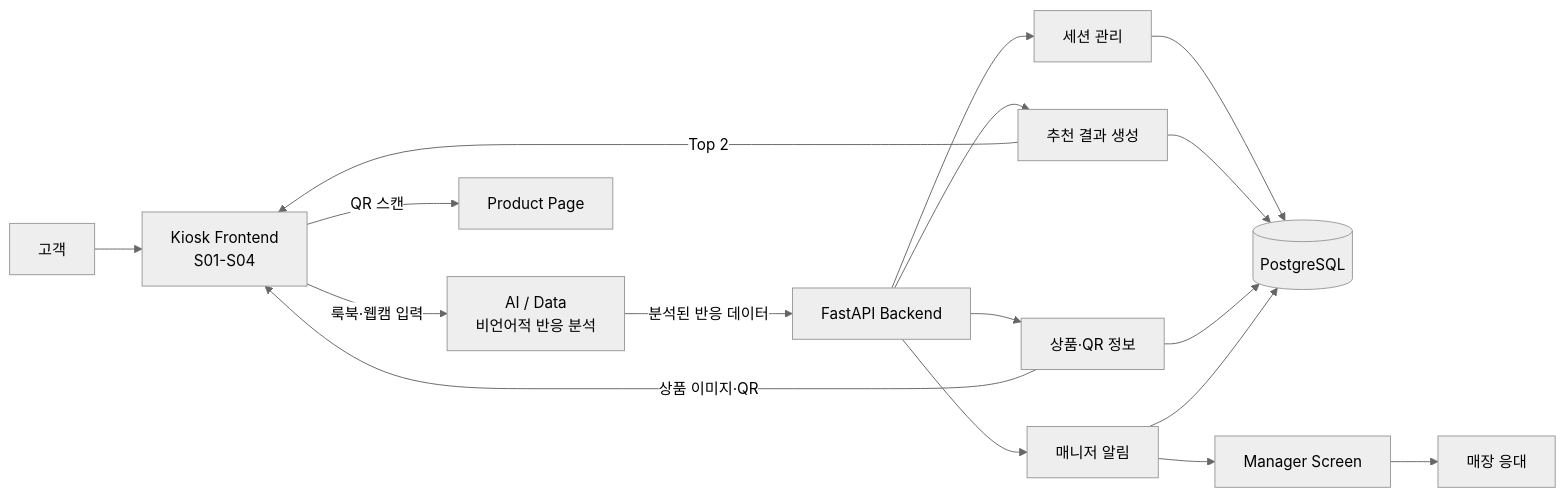
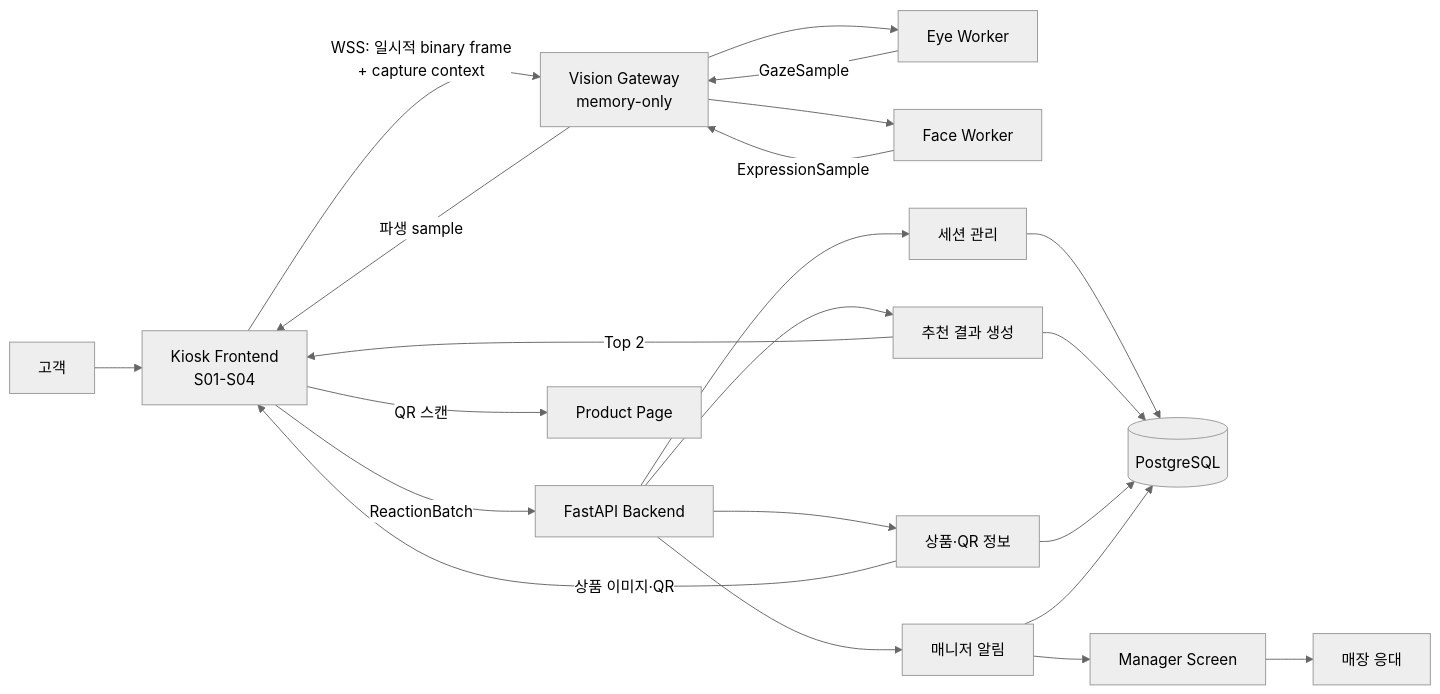
One commit to likelion-MKK/mkk-hackathon-project changed the diagram in docs/OVERALL_DESIGN.md. Above: the diagram before and after it, drawn with Mermaid (neutral theme). The commit also changed other lines of this file and 13 other files, not shown here.

Commit message:
docs: propose remote vision inference architecture

````diff
--- a/docs/OVERALL_DESIGN.md
+++ b/docs/OVERALL_DESIGN.md
@@ -54,22 +55,27 @@
 ```mermaid
 flowchart LR
     CUSTOMER["고객"] --> KIOSK["Kiosk Frontend<br/>S01-S04"]
-    KIOSK -->|"룩북·웹캠 입력"| AI["AI / Data<br/>비언어적 반응 분석"]
-    AI -->|"분석된 반응 데이터"| BACKEND["FastAPI Backend"]
+    KIOSK -->|"WSS: 일시적 binary frame<br/>+ capture context"| GATEWAY["Vision Gateway<br/>memory-only"]
+    GATEWAY --> EYE["Eye Worker"]
+    GATEWAY --> FACE["Face Worker"]
+    EYE -->|"GazeSample"| GATEWAY
+    FACE -->|"ExpressionSample"| GATEWAY
+    GATEWAY -->|"파생 sample"| KIOSK
+    KIOSK -->|"ReactionBatch"| BACKEND["FastAPI Backend"]
 
     BACKEND --> SESSION["세션 관리"]
     BACKEND --> RECOMMEND["추천 결과 생성"]
     BACKEND --> CATALOG["상품·QR 정보"]
     BACKEND --> NOTICE["매니저 알림"]
 
     SESSION --> DB[("PostgreSQL")]
     RECOMMEND --> DB
     CATALOG --> DB
     NOTICE --> DB
 
     RECOMMEND -->|"Top 2"| KIOSK
     CATALOG -->|"상품 이미지·QR"| KIOSK
     NOTICE --> MANAGER["Manager Screen"]
     KIOSK -->|"QR 스캔"| PRODUCT["Product Page"]
     MANAGER --> STORE["매장 응대"]
 ```
````
